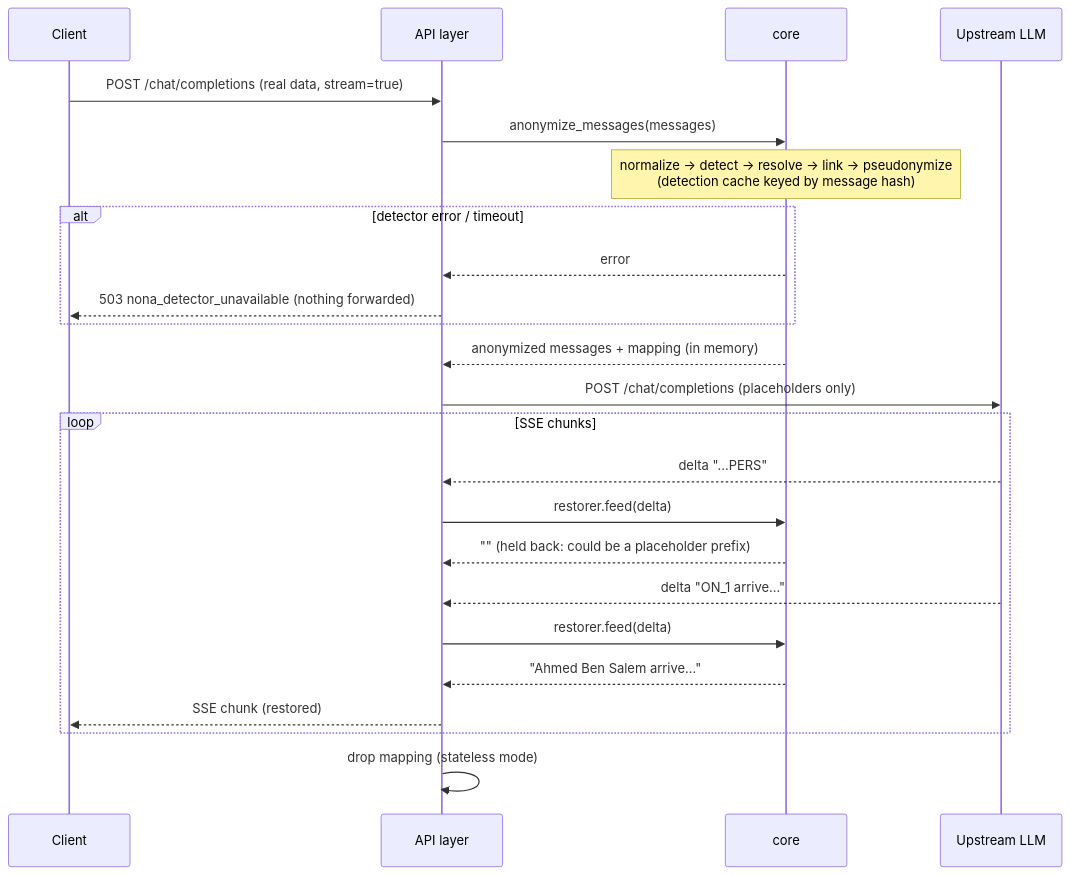
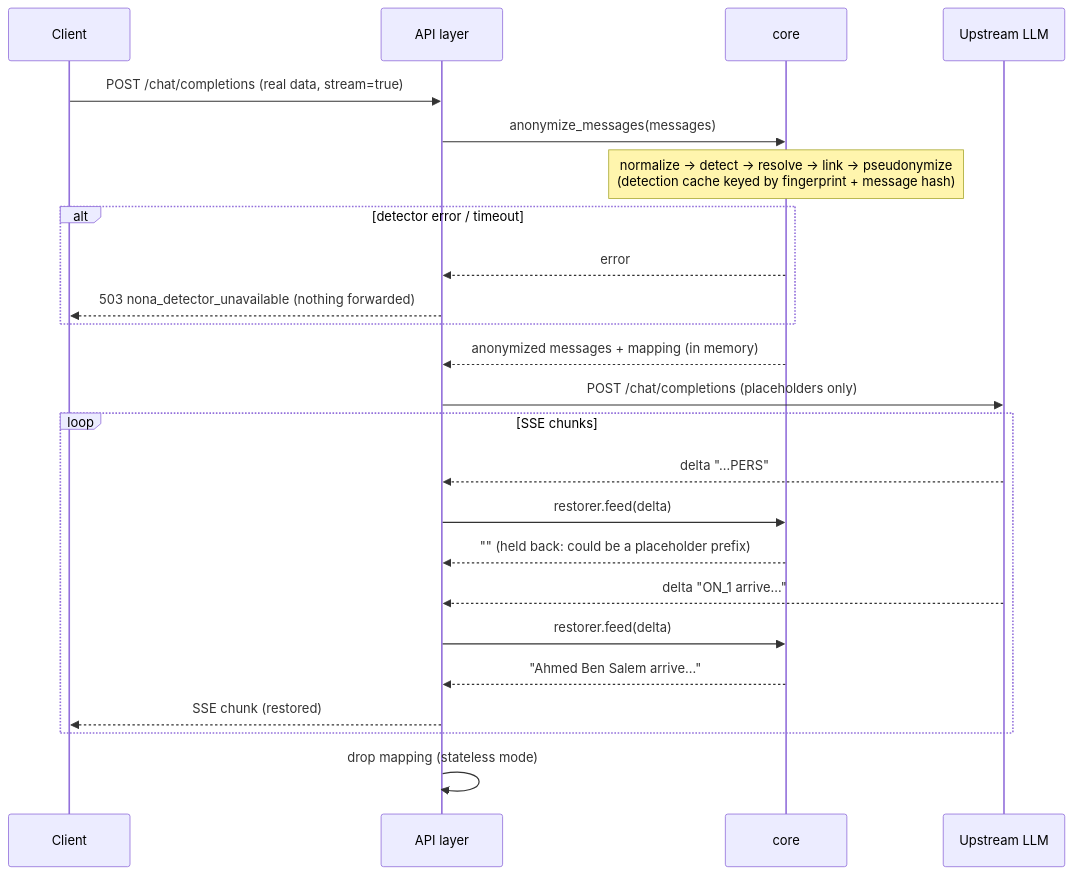
The second of 3 diagrams in docs/design/03-architecture.md (yosrkharrat/Nona), drawn with Mermaid before and after one commit. The commit also changed other lines of this file and 12 other files, not shown here.

````diff
--- a/docs/design/03-architecture.md
+++ b/docs/design/03-architecture.md
@@ -56,26 +56,26 @@
 ```mermaid
 sequenceDiagram
     participant C as Client
     participant A as API layer
     participant K as core
     participant U as Upstream LLM
     C->>A: POST /chat/completions (real data, stream=true)
     A->>K: anonymize_messages(messages)
-    Note over K: normalize → detect → resolve → link → pseudonymize<br/>(detection cache keyed by message hash)
+    Note over K: normalize → detect → resolve → link → pseudonymize<br/>(detection cache keyed by fingerprint + message hash)
     alt detector error / timeout
         K-->>A: error
         A-->>C: 503 nona_detector_unavailable (nothing forwarded)
     end
     K-->>A: anonymized messages + mapping (in memory)
     A->>U: POST /chat/completions (placeholders only)
     loop SSE chunks
         U-->>A: delta "…PERS"
         A->>K: restorer.feed(delta)
         K-->>A: "" (held back: could be a placeholder prefix)
         U-->>A: delta "ON_1 arrive…"
         A->>K: restorer.feed(delta)
         K-->>A: "Ahmed Ben Salem arrive…"
         A-->>C: SSE chunk (restored)
     end
     A->>A: drop mapping (stateless mode)
 ```
````
